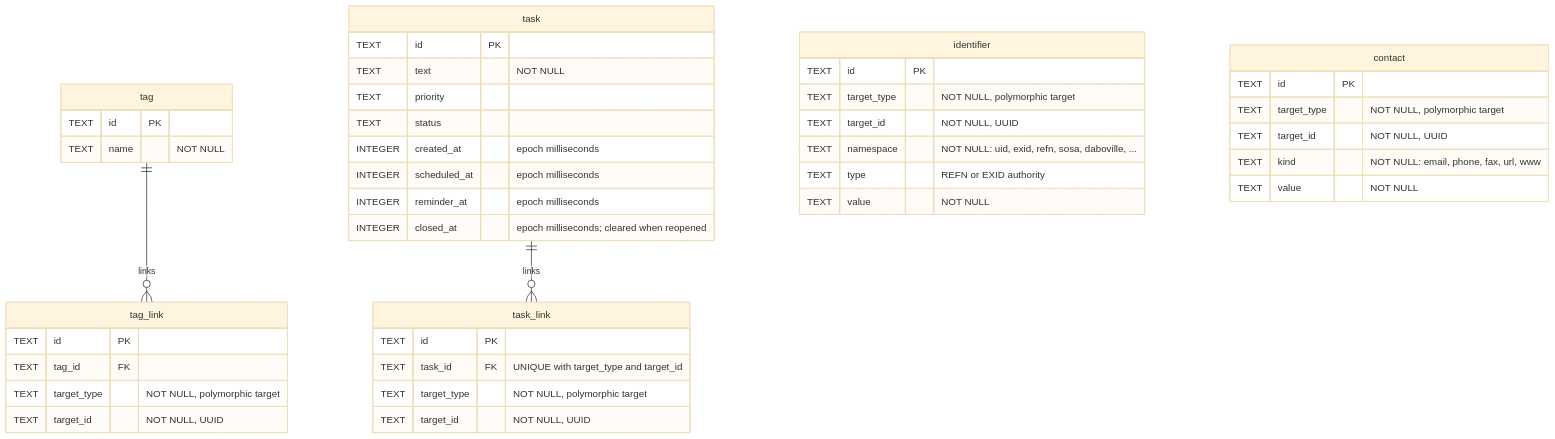
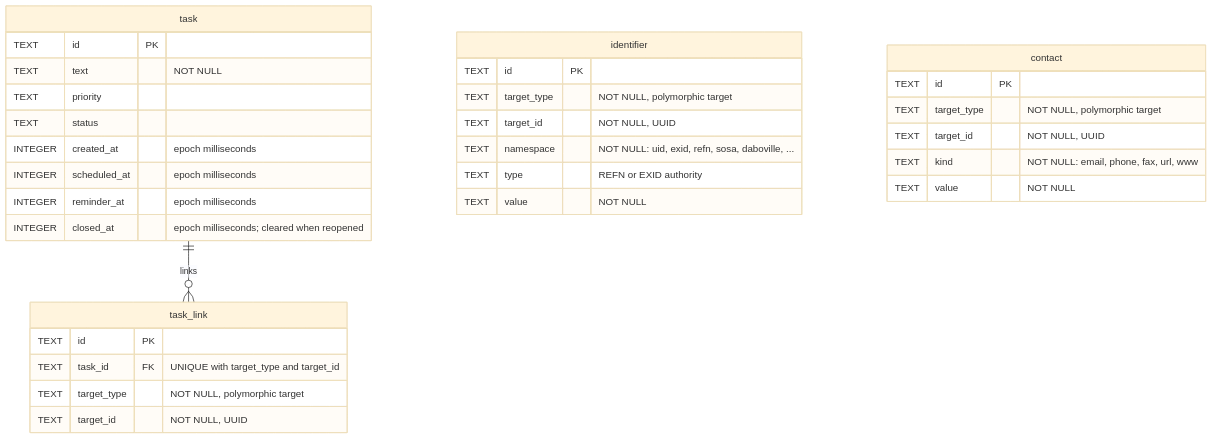
Diagram 12 of 12 in docs/db-schema.md (borisovodov/doru), drawn with Mermaid (base theme) before and after one commit. The commit also changed other lines of this file and 75 other files, not shown here.

````diff
--- a/docs/db-schema.md
+++ b/docs/db-schema.md
@@ -860,52 +860,39 @@
 ```mermaid
 erDiagram
-    tag ||--o{ tag_link : "links"
     task ||--o{ task_link : "links"
 
     identifier {
         TEXT id PK
         TEXT target_type "NOT NULL, polymorphic target"
         TEXT target_id "NOT NULL, UUID"
         TEXT namespace "NOT NULL: uid, exid, refn, sosa, daboville, ..."
         TEXT type "REFN or EXID authority"
         TEXT value "NOT NULL"
     }
 
     contact {
         TEXT id PK
         TEXT target_type "NOT NULL, polymorphic target"
         TEXT target_id "NOT NULL, UUID"
         TEXT kind "NOT NULL: email, phone, fax, url, www"
         TEXT value "NOT NULL"
-    }
-
-    tag {
-        TEXT id PK
-        TEXT name "NOT NULL"
-    }
-
-    tag_link {
-        TEXT id PK
-        TEXT tag_id FK
-        TEXT target_type "NOT NULL, polymorphic target"
-        TEXT target_id "NOT NULL, UUID"
     }
 
     task {
         TEXT id PK
         TEXT text "NOT NULL"
         TEXT priority
         TEXT status
         INTEGER created_at "epoch milliseconds"
         INTEGER scheduled_at "epoch milliseconds"
         INTEGER reminder_at "epoch milliseconds"
         INTEGER closed_at "epoch milliseconds; cleared when reopened"
     }
 
     task_link {
         TEXT id PK
         TEXT task_id FK "UNIQUE with target_type and target_id"
         TEXT target_type "NOT NULL, polymorphic target"
         TEXT target_id "NOT NULL, UUID"
     }
 ```
````
